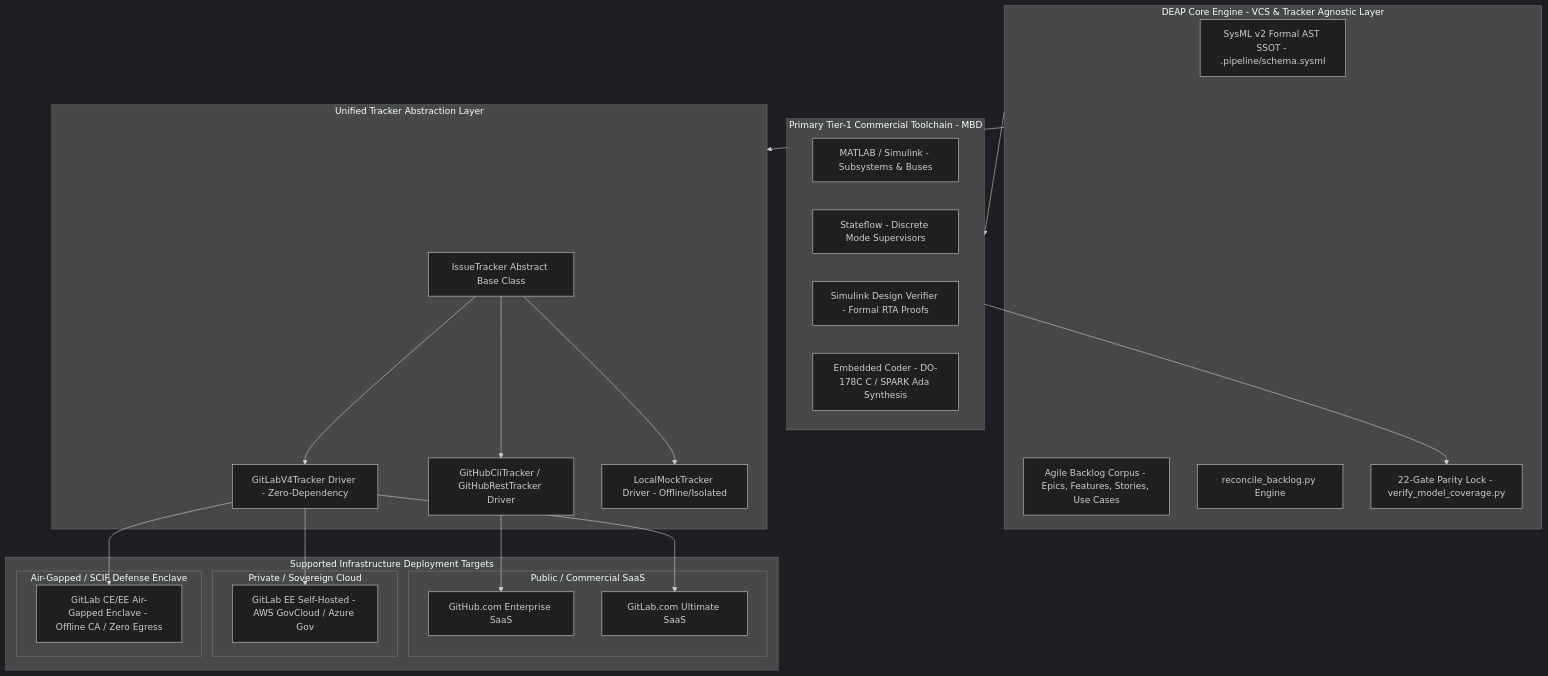
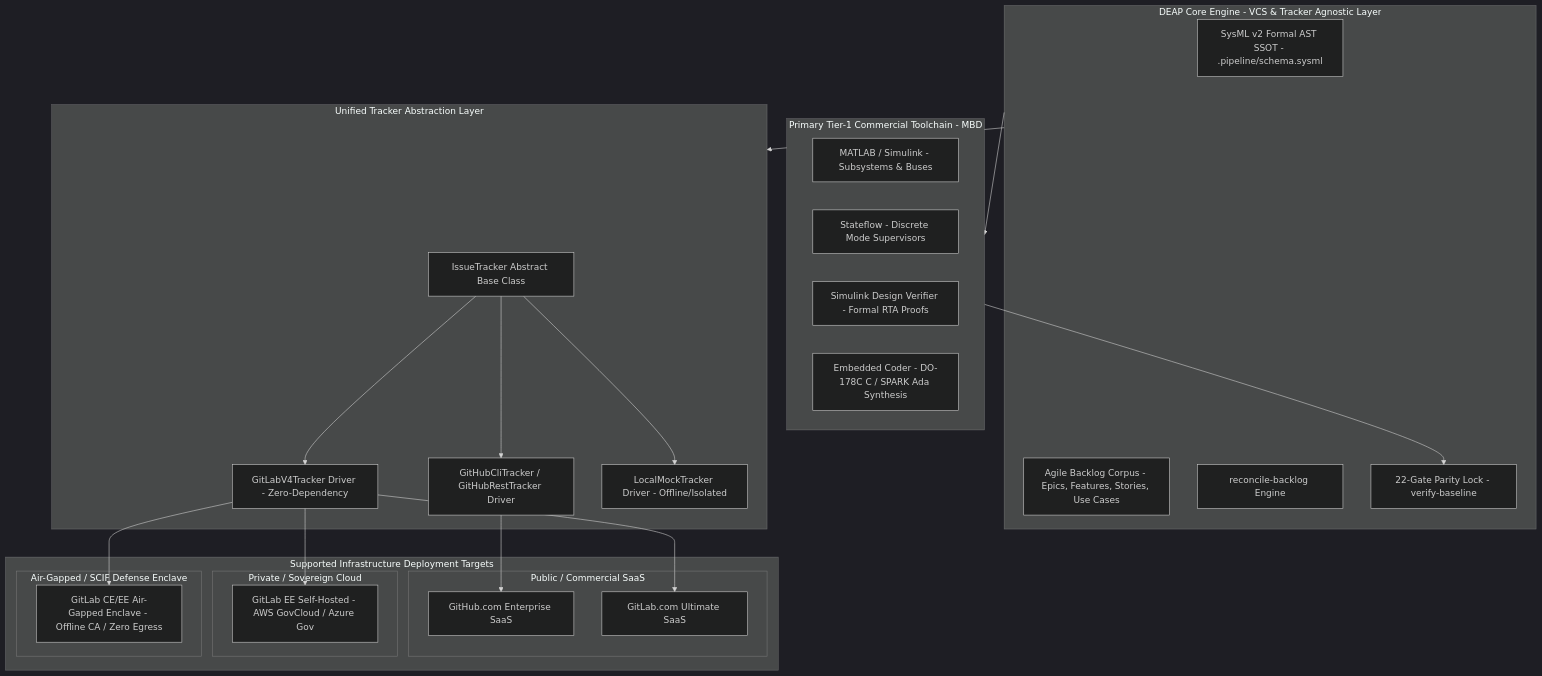
One commit to gintatkinson/DEAP01-spec-core changed the first of 19 diagrams in docs/architecture/blueprints/MULTI_PROVIDER_GITLAB_INFRASTRUCTURE_ARCHITECTURE.md. Above: the diagram before and after it, drawn with Mermaid (dark theme). The commit also changed other lines of this file and 162 other files, not shown here.

Commit message:
feat(verify-baseline,compile-sysml,ingest-sysml,deap-core): enforce Check 36 per-item 7-section docstring gate, Check 33 zero-Python content scanner, FEAT-42 source AST ingestion and docstring synthesizer, and 12-check defect dossier validator (refs #465, #466, #467, #468, #469)

````diff
--- a/docs/architecture/blueprints/MULTI_PROVIDER_GITLAB_INFRASTRUCTURE_ARCHITECTURE.md
+++ b/docs/architecture/blueprints/MULTI_PROVIDER_GITLAB_INFRASTRUCTURE_ARCHITECTURE.md
@@ -47,49 +47,49 @@
 ```mermaid
 flowchart TB
     subgraph VCS_Agnostic_Core ["DEAP Core Engine - VCS & Tracker Agnostic Layer"]
         AST_SSOT["SysML v2 Formal AST SSOT - .pipeline/schema.sysml"]
         Spec_Corpus["Agile Backlog Corpus - Epics, Features, Stories, Use Cases"]
-        Reconcile_Engine["reconcile_backlog.py Engine"]
-        Parity_Lock["22-Gate Parity Lock - verify_model_coverage.py"]
+        Reconcile_Engine["reconcile-backlog Engine"]
+        Parity_Lock["22-Gate Parity Lock - verify-baseline"]
     end
 
     subgraph Tracker_Abstraction ["Unified Tracker Abstraction Layer"]
         Driver_Interface["IssueTracker Abstract Base Class"]
         GL_Driver["GitLabV4Tracker Driver - Zero-Dependency"]
         GH_Driver["GitHubCliTracker / GitHubRestTracker Driver"]
         Local_Driver["LocalMockTracker Driver - Offline/Isolated"]
     end
 
     subgraph Infrastructure_Targets ["Supported Infrastructure Deployment Targets"]
         subgraph Target_Public ["Public / Commercial SaaS"]
             GH_SaaS["GitHub.com Enterprise SaaS"]
             GL_SaaS["GitLab.com Ultimate SaaS"]
         end
         subgraph Target_Private ["Private / Sovereign Cloud"]
             GL_SelfHosted["GitLab EE Self-Hosted - AWS GovCloud / Azure Gov"]
         end
         subgraph Target_AirGapped ["Air-Gapped / SCIF Defense Enclave"]
             GL_AirGapped["GitLab CE/EE Air-Gapped Enclave - Offline CA / Zero Egress"]
         end
     end
 
     subgraph Toolchain_Synthesis ["Primary Tier-1 Commercial Toolchain - MBD"]
         Simulink["MATLAB / Simulink - Subsystems & Buses"]
         Stateflow["Stateflow - Discrete Mode Supervisors"]
         SLDV["Simulink Design Verifier - Formal RTA Proofs"]
         Coder["Embedded Coder - DO-178C C / SPARK Ada Synthesis"]
     end
 
     VCS_Agnostic_Core --> Tracker_Abstraction
     Driver_Interface --> GL_Driver
     Driver_Interface --> GH_Driver
     Driver_Interface --> Local_Driver
 
     GL_Driver --> GL_SaaS
     GL_Driver --> GL_SelfHosted
     GL_Driver --> GL_AirGapped
     GH_Driver --> GH_SaaS
 
     VCS_Agnostic_Core --> Toolchain_Synthesis
     Toolchain_Synthesis --> Parity_Lock
 ```
````
